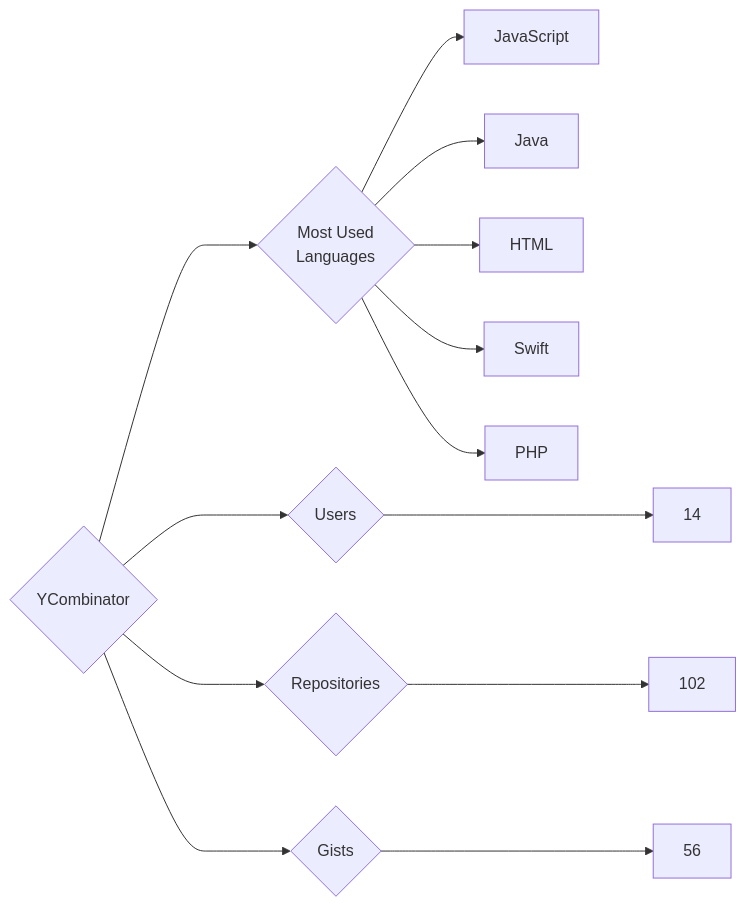
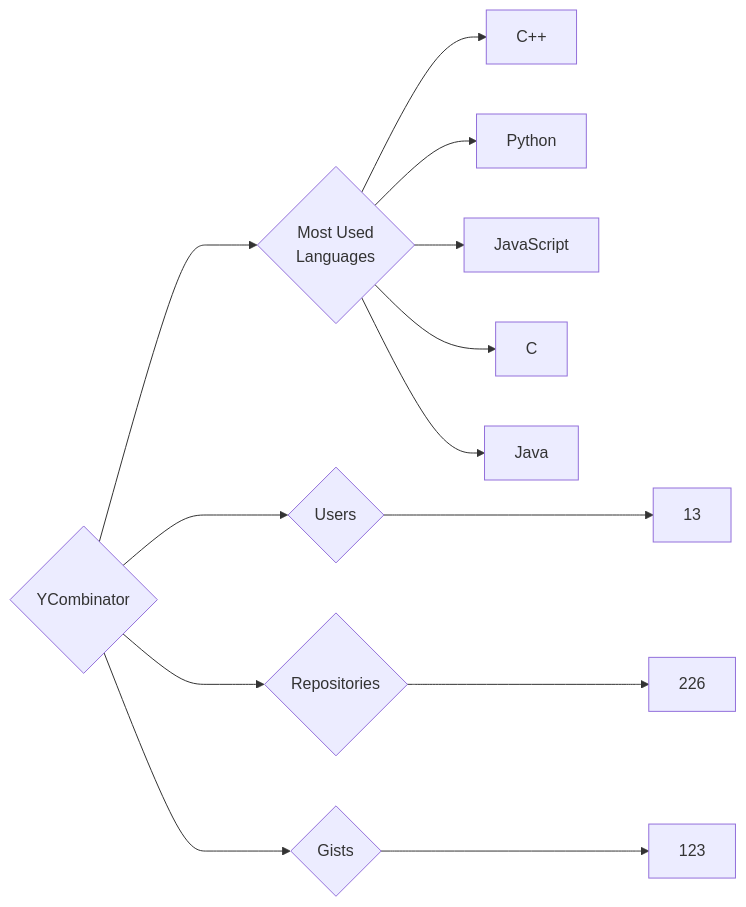
The diagram in targets/YCombinator/README.md (trickest/insiders), drawn with Mermaid before and after one commit. The commit also changed 1479 other files, not shown here.

````diff
--- a/targets/YCombinator/README.md
+++ b/targets/YCombinator/README.md
@@ -3,13 +3,13 @@
 ```mermaid
 graph LR
 COMPANY_NAME{YCombinator}
-COMPANY_NAME ---> U{Users} ---> UN[14]
-COMPANY_NAME ---> R{Repositories} ---> RN[102]
-COMPANY_NAME ---> G{Gists} ---> GN[56]
+COMPANY_NAME ---> U{Users} ---> UN[13]
+COMPANY_NAME ---> R{Repositories} ---> RN[226]
+COMPANY_NAME ---> G{Gists} ---> GN[123]
 COMPANY_NAME ---> ML{Most Used<br>Languages}
+ML --> C++[C++]
+ML --> Python[Python]
 ML --> JavaScript[JavaScript]
+ML --> C[C]
 ML --> Java[Java]
-ML --> HTML[HTML]
-ML --> Swift[Swift]
-ML --> PHP[PHP]
 ```
````
